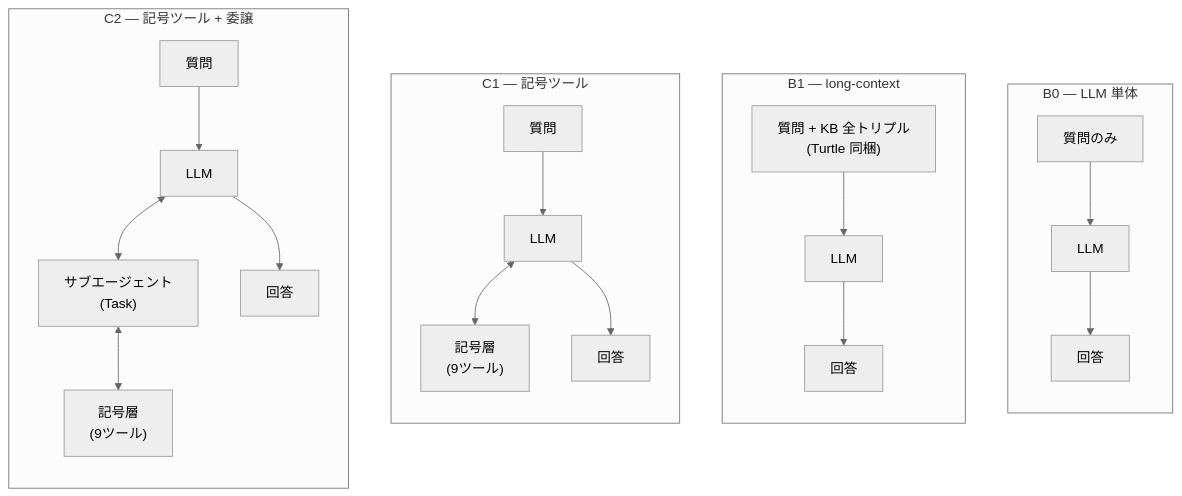
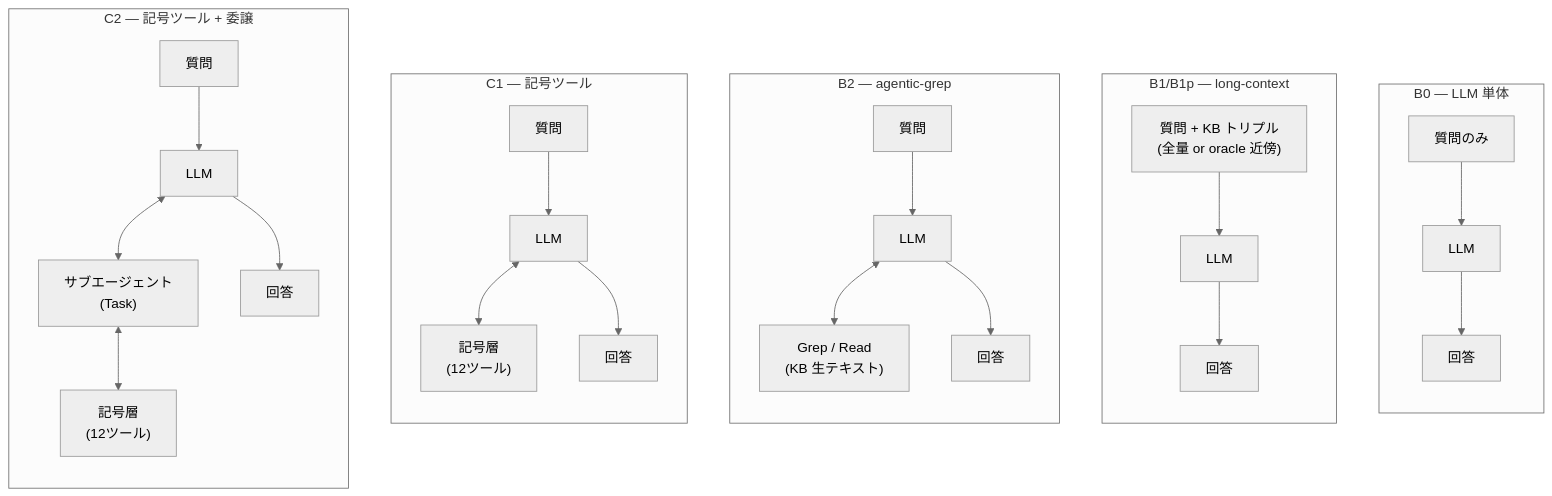
One commit to HNakamura33/neuro-symbolic-ai changed the fourth of 6 diagrams in docs/paper-draft.md. Above: the diagram before and after it, drawn with Mermaid (neutral theme). The commit also changed other lines of this file, not shown here.

````diff
--- a/docs/paper-draft.md
+++ b/docs/paper-draft.md
@@ -195,24 +216,30 @@
 ```mermaid
 flowchart TB
     subgraph B0["B0 — LLM 単体"]
         direction TB
         b0q["質問のみ"] --> b0l["LLM"] --> b0a["回答"]
     end
-    subgraph B1["B1 — long-context"]
+    subgraph B1["B1/B1p — long-context"]
         direction TB
-        b1q["質問 + KB 全トリプル<br/>(Turtle 同梱)"] --> b1l["LLM"] --> b1a["回答"]
+        b1q["質問 + KB トリプル<br/>(全量 or oracle 近傍)"] --> b1l["LLM"] --> b1a["回答"]
+    end
+    subgraph B2["B2 — agentic-grep"]
+        direction TB
+        b2q["質問"] --> b2l["LLM"]
+        b2l <--> b2g["Grep / Read<br/>(KB 生テキスト)"]
+        b2l --> b2a["回答"]
     end
     subgraph C1["C1 — 記号ツール"]
         direction TB
         c1q["質問"] --> c1l["LLM"]
-        c1l <--> c1s["記号層<br/>(9ツール)"]
+        c1l <--> c1s["記号層<br/>(12ツール)"]
         c1l --> c1a["回答"]
     end
     subgraph C2["C2 — 記号ツール + 委譲"]
         direction TB
         c2q["質問"] --> c2l["LLM"]
         c2l <--> c2d["サブエージェント<br/>(Task)"]
-        c2d <--> c2s["記号層<br/>(9ツール)"]
+        c2d <--> c2s["記号層<br/>(12ツール)"]
         c2l --> c2a["回答"]
     end
 ```
````
